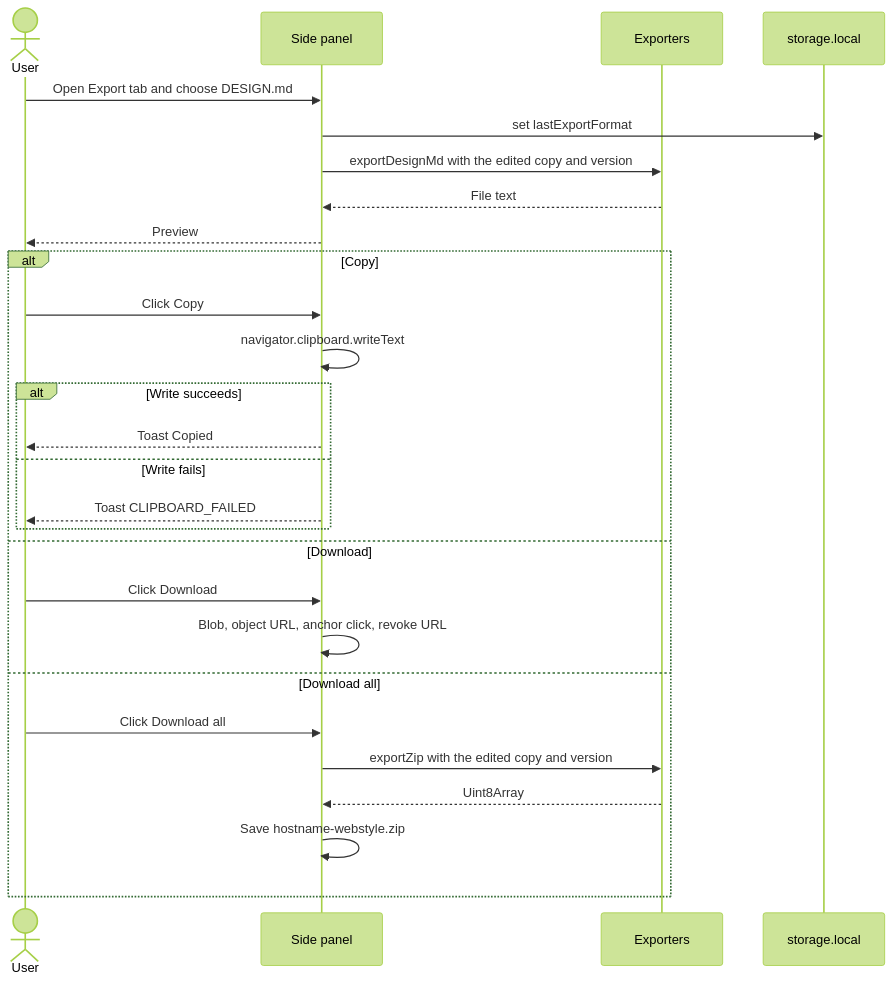
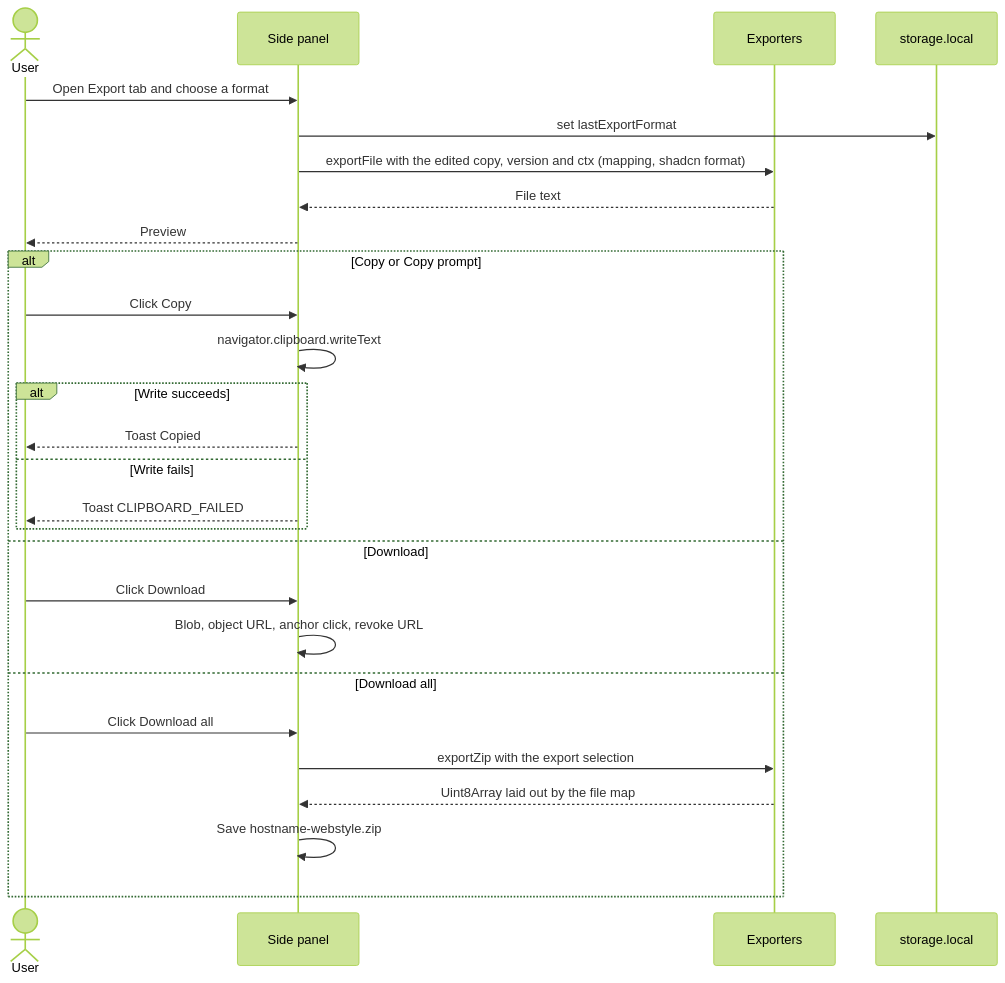
Before and after one commit to ankitmaurya-16/webstyle-extractor-for-ai-agents: the sixth of 13 diagrams in docs/sequences.md, drawn with Mermaid (forest theme). The commit also changed other lines of this file and 14 other files, not shown here.

````diff
--- a/docs/sequences.md
+++ b/docs/sequences.md
@@ -132,29 +141,29 @@
 ```mermaid
 sequenceDiagram
   actor U as User
   participant P as Side panel
   participant X as Exporters
   participant ST as storage.local
-  U->>P: Open Export tab and choose DESIGN.md
+  U->>P: Open Export tab and choose a format
   P->>ST: set lastExportFormat
-  P->>X: exportDesignMd with the edited copy and version
+  P->>X: exportFile with the edited copy, version and ctx (mapping, shadcn format)
   X-->>P: File text
   P-->>U: Preview
-  alt Copy
+  alt Copy or Copy prompt
     U->>P: Click Copy
     P->>P: navigator.clipboard.writeText
     alt Write succeeds
       P-->>U: Toast Copied
     else Write fails
       P-->>U: Toast CLIPBOARD_FAILED
     end
   else Download
     U->>P: Click Download
     P->>P: Blob, object URL, anchor click, revoke URL
   else Download all
     U->>P: Click Download all
-    P->>X: exportZip with the edited copy and version
-    X-->>P: Uint8Array
+    P->>X: exportZip with the export selection
+    X-->>P: Uint8Array laid out by the file map
     P->>P: Save hostname-webstyle.zip
   end
 ```
````
